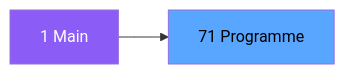
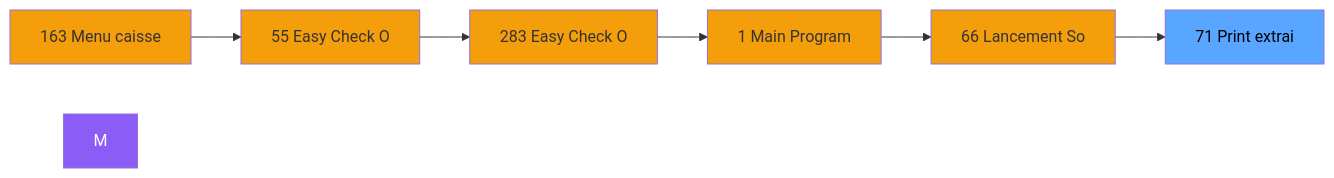
Before and after one commit to thonyAGP/magic-migration: the second of 3 diagrams in .openspec/specs/ADH-IDE-71.md, drawn with Mermaid. The commit also changed other lines of this file and 323 other files, not shown here.

````diff
--- a/.openspec/specs/ADH-IDE-71.md
+++ b/.openspec/specs/ADH-IDE-71.md
@@ -108,8 +130,21 @@
 ```mermaid
 graph LR
-    M[1 Main]
-    T[71 Programme]
-    M --> T
+    N163[163 Menu caisse ]
+    N55[55 Easy Check O]
+    N283[283 Easy Check O]
+    N1[1 Main Program]
+    N66[66 Lancement So]
+    T[71 Print extrai]
+    N163 --> N55
+    N55 --> N283
+    N283 --> N1
+    N1 --> N66
+    N66 --> T
     style M fill:#8b5cf6,color:#fff
+    style N163 fill:#f59e0b
+    style N55 fill:#f59e0b
+    style N283 fill:#f59e0b
+    style N1 fill:#f59e0b
+    style N66 fill:#f59e0b
     style T fill:#58a6ff,color:#000
 ```
````
